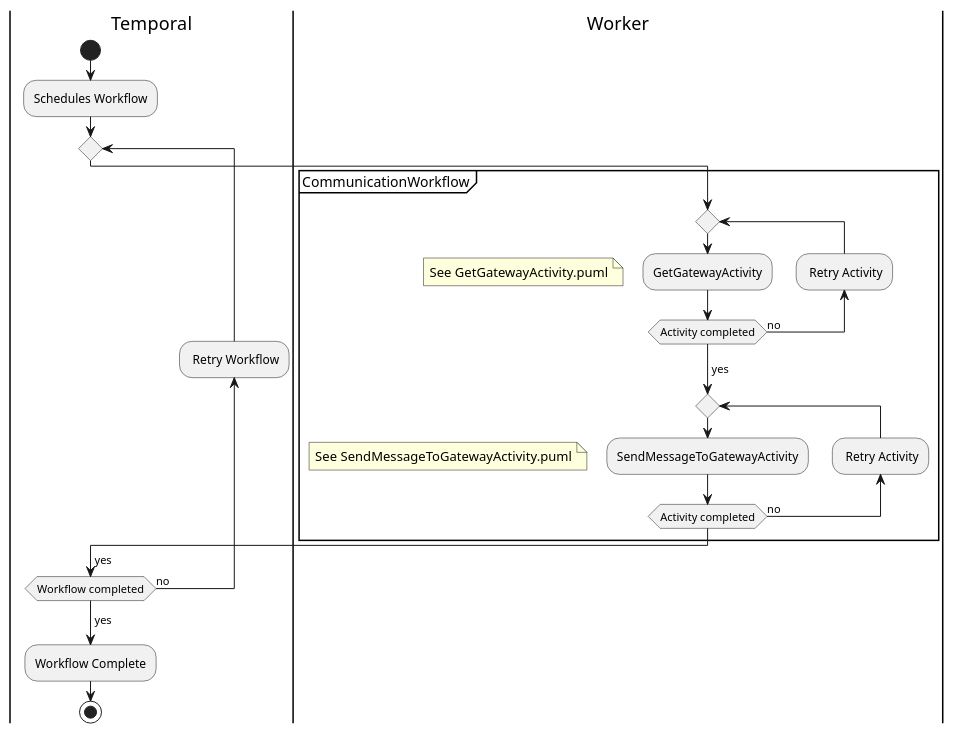
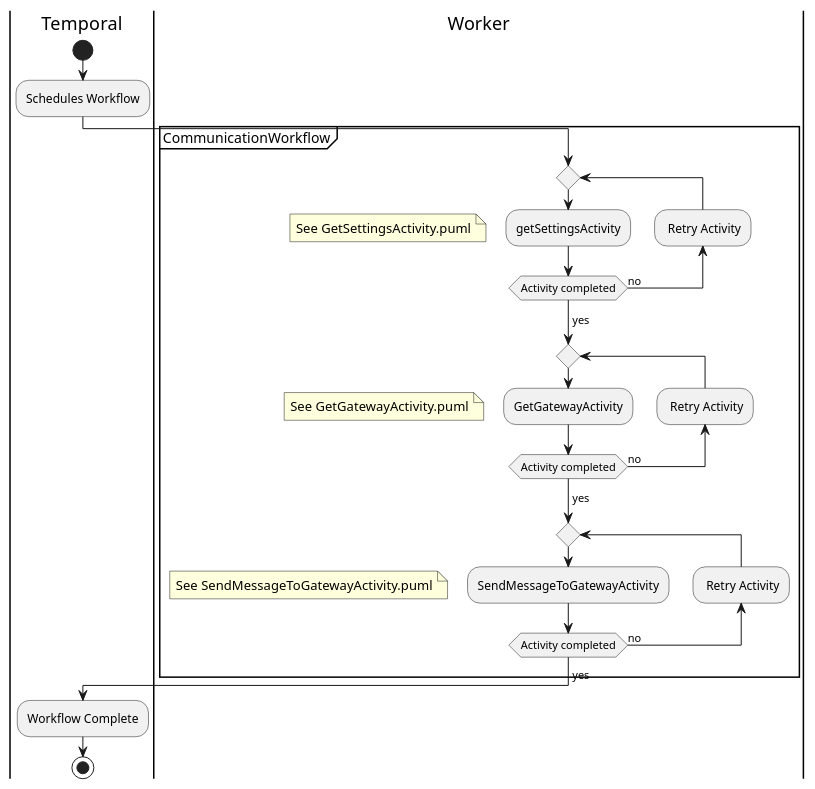
Before and after one commit to CameronWard301/communication_scheduler: the diagram in Designs/Activity Diagrams/SendCommunicationWorkflow.puml, drawn with PlantUML. The commit also changed 23 other files, not shown here.

```diff
--- a/Designs/Activity Diagrams/SendCommunicationWorkflow.puml
+++ b/Designs/Activity Diagrams/SendCommunicationWorkflow.puml
@@ -1,33 +1,40 @@
 @startuml SendCommunicationActivity
 |Temporal|
 start
 
 :Schedules Workflow;
-repeat
+
 |Worker|
 partition CommunicationWorkflow {
     
+    repeat
+        :getSettingsActivity;
+        floating note: See GetSettingsActivity.puml
+
+
+    backward: Retry Activity;
+    repeat while (Activity completed) is (no)
+
+    ->yes;
     repeat
         :GetGatewayActivity;
         floating note: See GetGatewayActivity.puml
 
     backward: Retry Activity;
     repeat while (Activity completed) is (no)
 
     ->yes;
     repeat
         :SendMessageToGatewayActivity;
         floating note: See SendMessageToGatewayActivity.puml
 
     backward: Retry Activity;
     repeat while (Activity completed) is (no)
     ->yes;
 }
 |Temporal|
-backward: Retry Workflow;
-repeat while (Workflow completed) is (no)
-->yes;
+
 :Workflow Complete;
 stop
 
 @enduml
```
